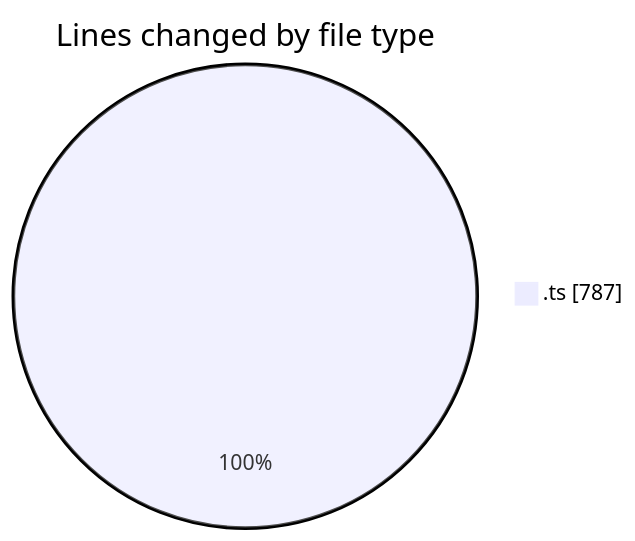
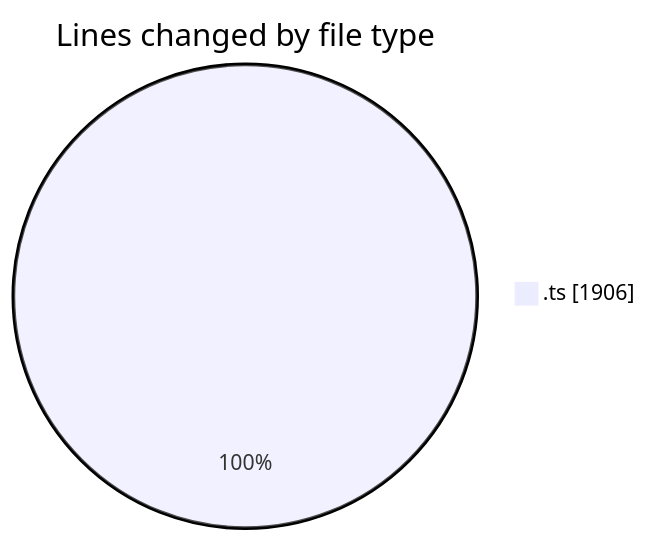
One commit to tmsrecording-cyber/code-tracking changed the first of 2 diagrams in 2026-02-04/singularitybrainai/README.md. Above: the diagram before and after it, drawn with Mermaid. The commit also changed other lines of this file and 1 other file, not shown here.

````diff
--- a/2026-02-04/singularitybrainai/README.md
+++ b/2026-02-04/singularitybrainai/README.md
@@ -21,5 +22,5 @@
 ```mermaid
 pie showData
 title Lines changed by file type
-".ts" : 787
+".ts" : 1906
 ```
````
